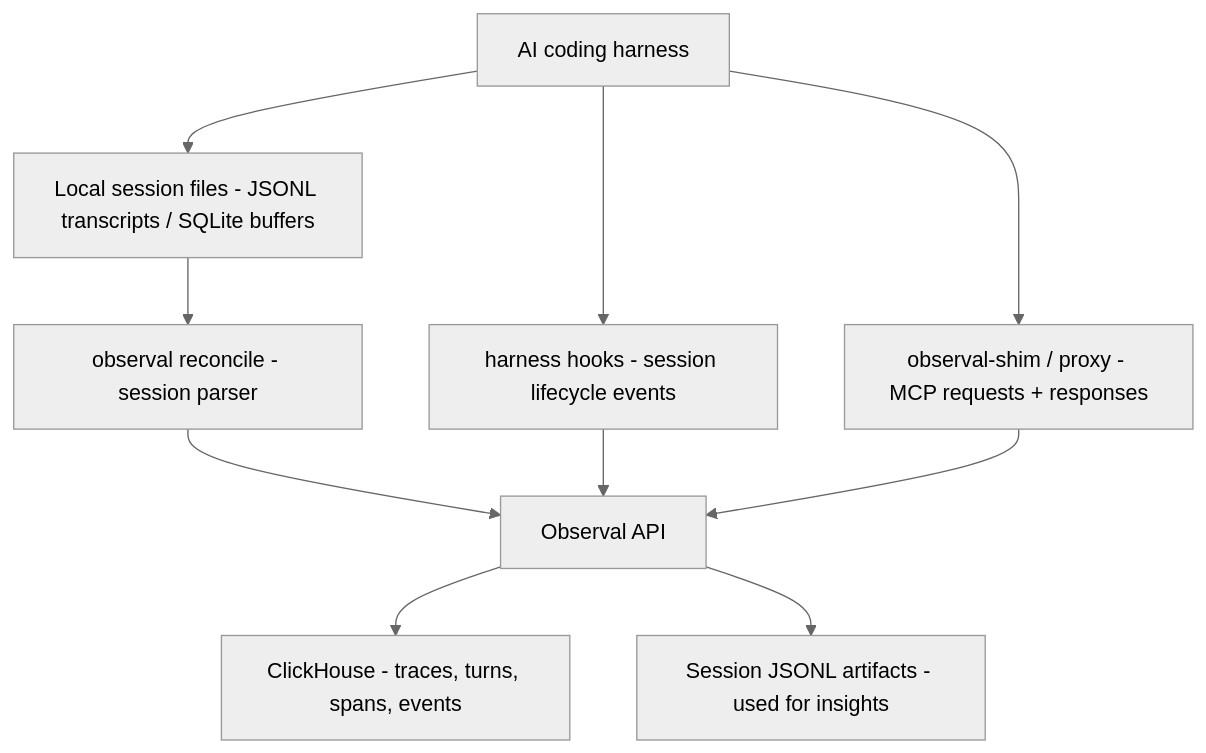
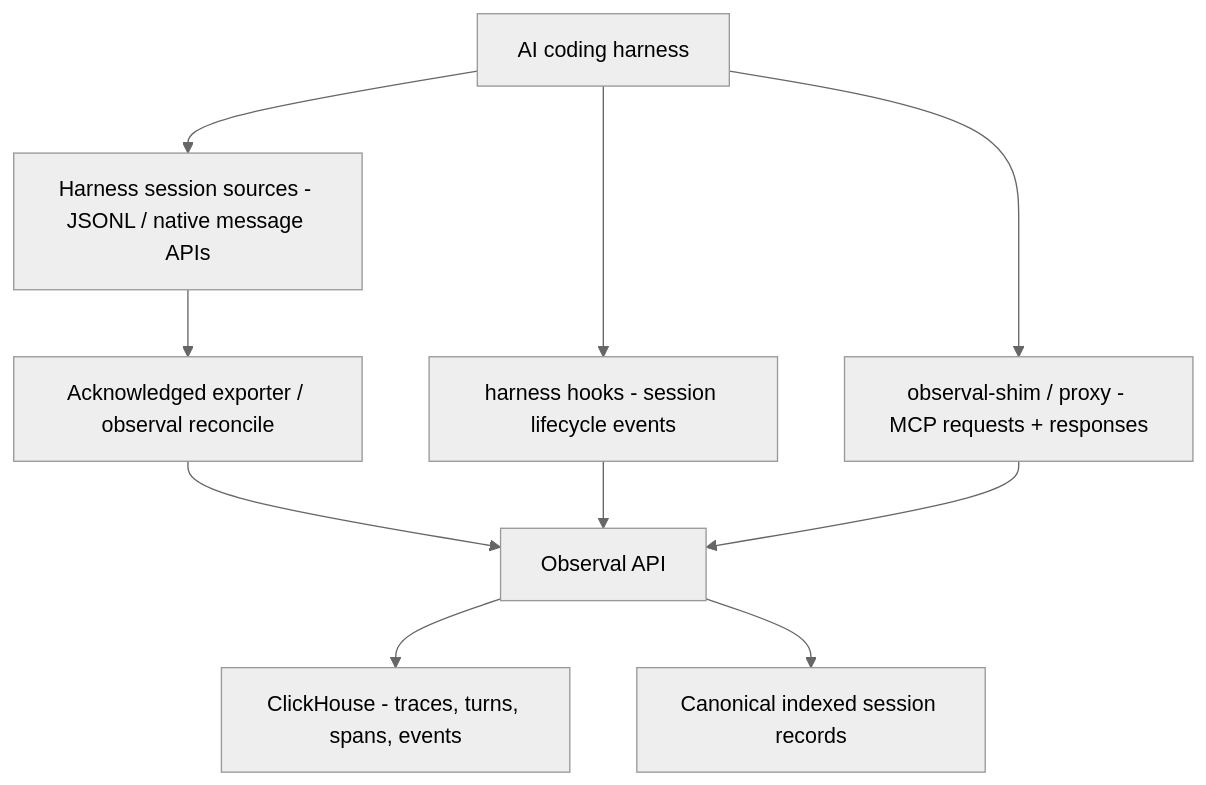
One commit to Observal/Observal changed the diagram in docs/self-hosting/telemetry-pipeline.md. Above: the diagram before and after it, drawn with Mermaid (neutral theme). The commit also changed other lines of this file and 12 other files, not shown here.

````diff
--- a/docs/self-hosting/telemetry-pipeline.md
+++ b/docs/self-hosting/telemetry-pipeline.md
@@ -12,21 +12,21 @@
 ```mermaid
 flowchart TB
     harness["AI coding harness"]
-    sessionFiles["Local session files - JSONL transcripts / SQLite buffers"]
-    reconcile["observal reconcile - session parser"]
+    sessionFiles["Harness session sources - JSONL / native message APIs"]
+    reconcile["Acknowledged exporter / observal reconcile"]
     hooks["harness hooks - session lifecycle events"]
     shim["observal-shim / proxy - MCP requests + responses"]
     api["Observal API"]
     ch["ClickHouse - traces, turns, spans, events"]
-    sessionStore["Session JSONL artifacts - used for insights"]
+    sessionStore["Canonical indexed session records"]
 
     harness --> sessionFiles
     sessionFiles --> reconcile
     reconcile --> api
     harness --> hooks
     hooks --> api
     harness --> shim
     shim --> api
     api --> ch
     api --> sessionStore
 ```
````
